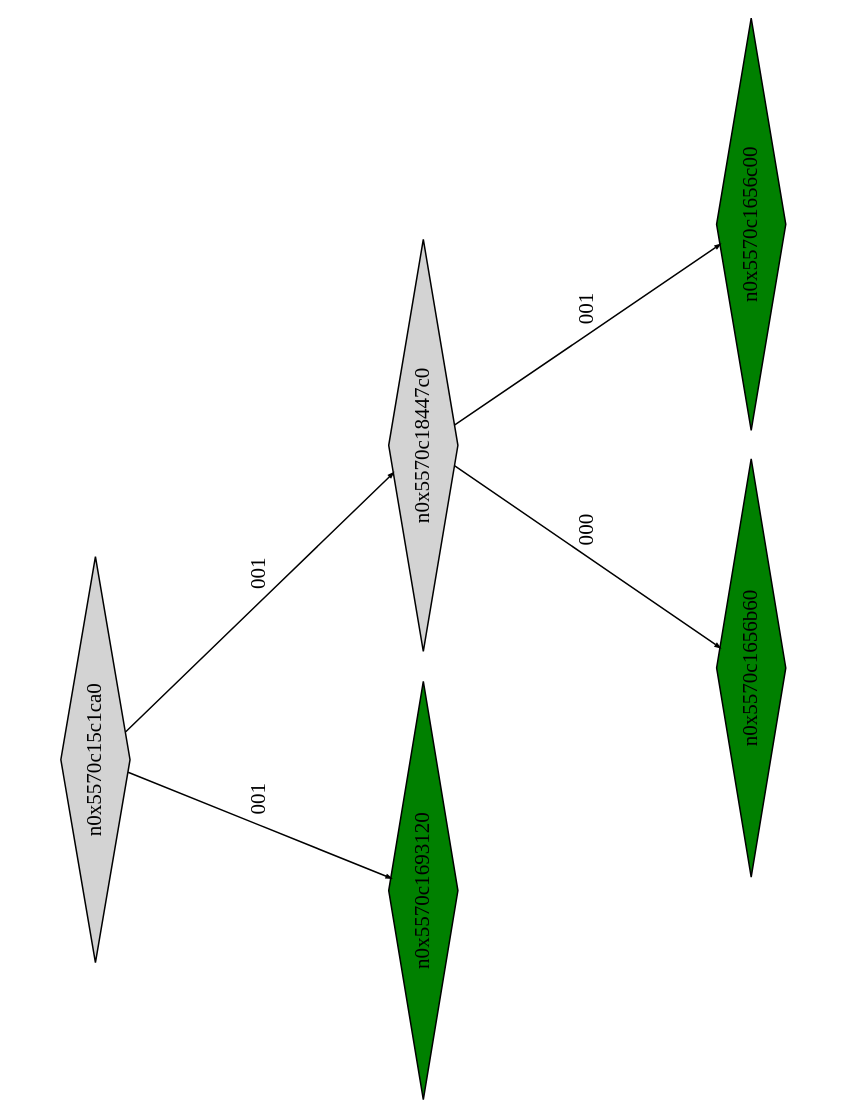
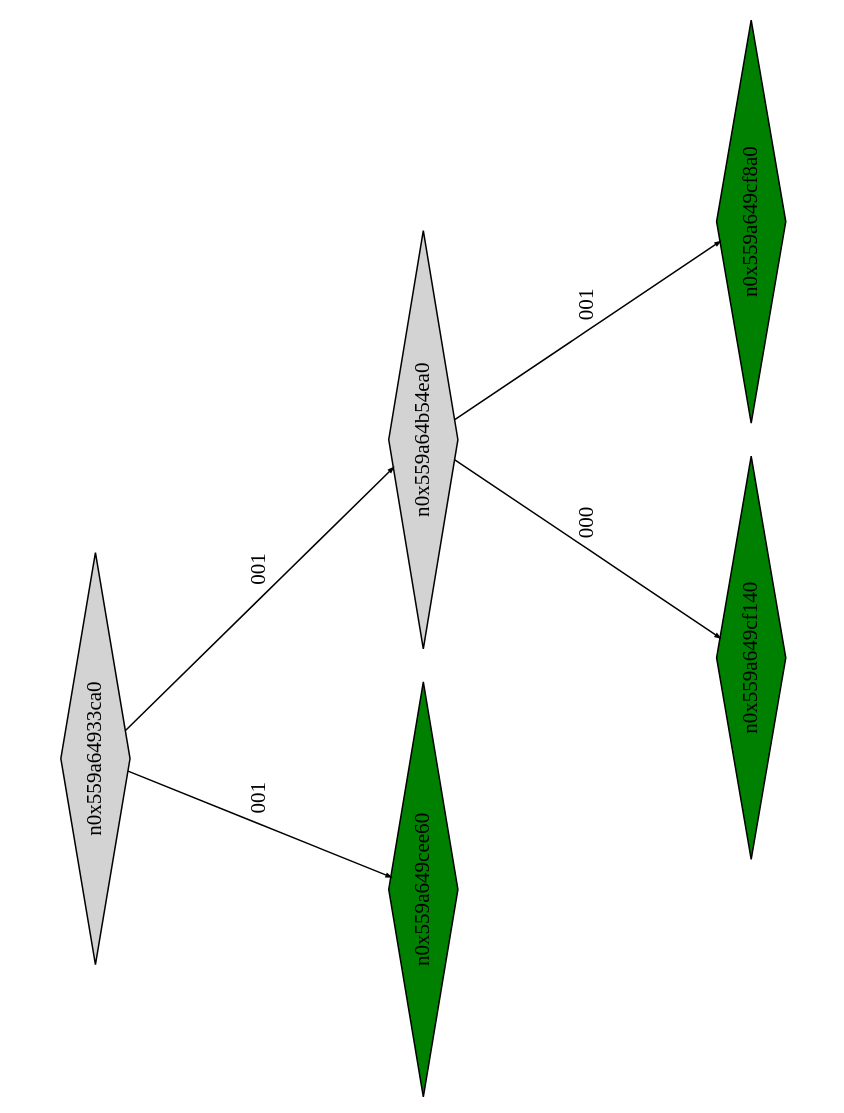
The diagram in montyhall_klee_out/ptree_00001030.dot (Research-Tools-PAVT/PSE-Program-Examples), drawn with Graphviz before and after one commit. The commit also changed 42 other files, not shown here.

```diff
--- a/montyhall_klee_out/ptree_00001030.dot
+++ b/montyhall_klee_out/ptree_00001030.dot
@@ -1,17 +1,17 @@
 digraph G {
 	size="10,7.5";
 	ratio=fill;
 	rotate=90;
 	center = "true";
 	node [style="filled",width=.1,height=.1,fontname="Terminus"]
 	edge [arrowsize=.3]
-	n0x5570c15c1ca0 [shape=diamond];
-	n0x5570c15c1ca0 -> n0x5570c1693120 [label=001];
-	n0x5570c15c1ca0 -> n0x5570c18447c0 [label=001];
-	n0x5570c18447c0 [shape=diamond];
-	n0x5570c18447c0 -> n0x5570c1656b60 [label=000];
-	n0x5570c18447c0 -> n0x5570c1656c00 [label=001];
-	n0x5570c1656c00 [shape=diamond,fillcolor=green];
-	n0x5570c1656b60 [shape=diamond,fillcolor=green];
-	n0x5570c1693120 [shape=diamond,fillcolor=green];
+	n0x559a64933ca0 [shape=diamond];
+	n0x559a64933ca0 -> n0x559a649cee60 [label=001];
+	n0x559a64933ca0 -> n0x559a64b54ea0 [label=001];
+	n0x559a64b54ea0 [shape=diamond];
+	n0x559a64b54ea0 -> n0x559a649cf140 [label=000];
+	n0x559a64b54ea0 -> n0x559a649cf8a0 [label=001];
+	n0x559a649cf8a0 [shape=diamond,fillcolor=green];
+	n0x559a649cf140 [shape=diamond,fillcolor=green];
+	n0x559a649cee60 [shape=diamond,fillcolor=green];
 }
```
